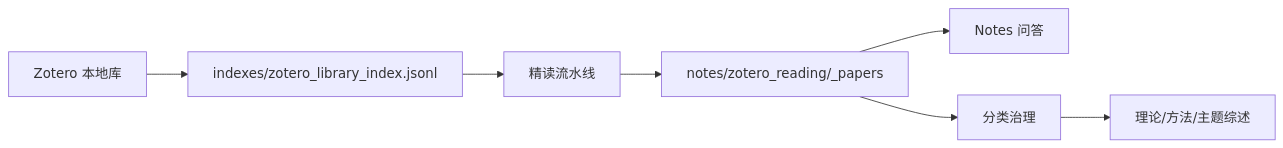
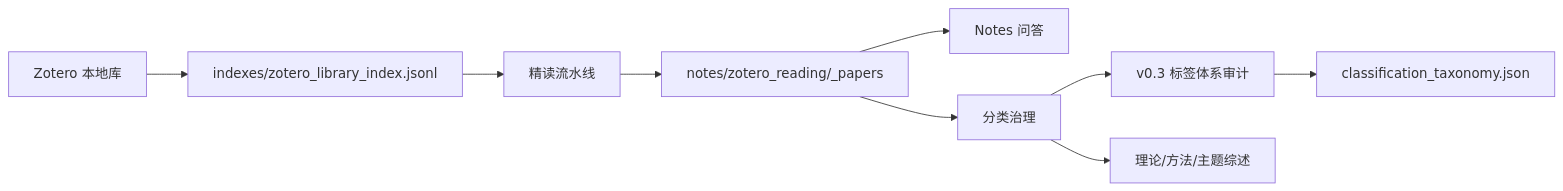
The first of 3 diagrams in docs/architecture.md (YYCCCHAOOO/MindCite), drawn with Mermaid before and after one commit. The commit also changed other lines of this file and 11 other files, not shown here.

Commit message:
Add v0.3 tag governance workflow

````diff
--- a/docs/architecture.md
+++ b/docs/architecture.md
@@ -7,9 +7,11 @@
 ```mermaid
 flowchart LR
   Zotero["Zotero 本地库"] --> Index["indexes/zotero_library_index.jsonl"]
   Index --> Reading["精读流水线"]
   Reading --> Notes["notes/zotero_reading/_papers"]
   Notes --> QA["Notes 问答"]
   Notes --> Governance["分类治理"]
+  Governance --> TagAudit["v0.3 标签体系审计"]
+  TagAudit --> Taxonomy["classification_taxonomy.json"]
   Governance --> Synthesis["理论/方法/主题综述"]
 ```
````
